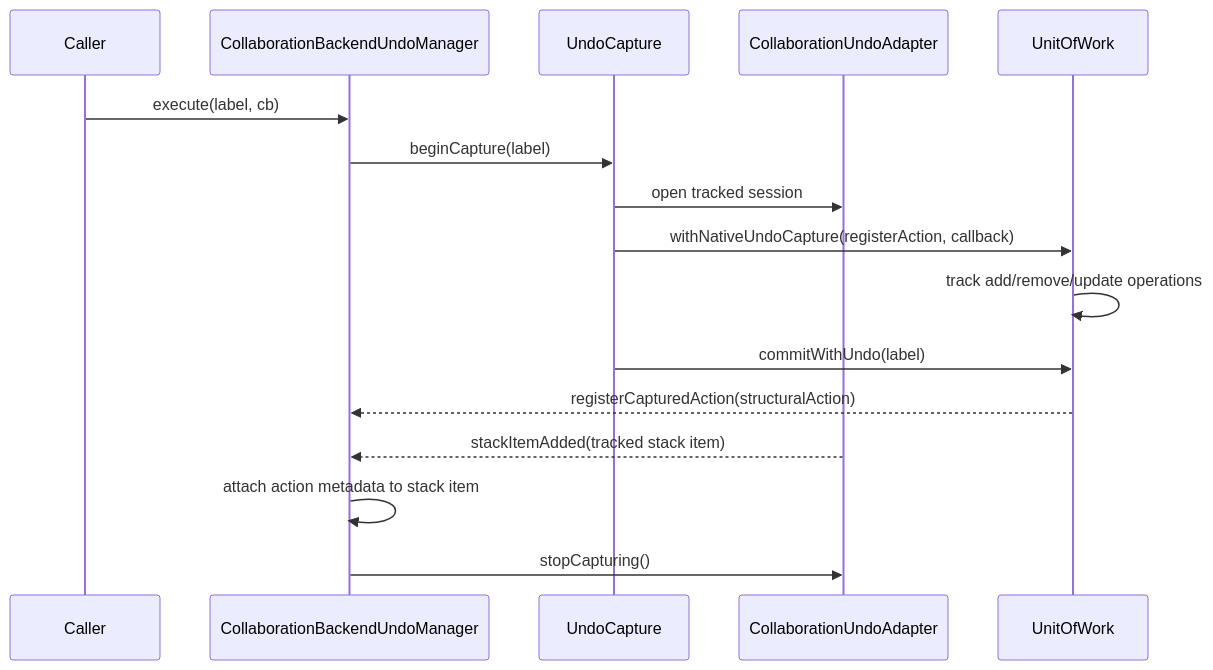
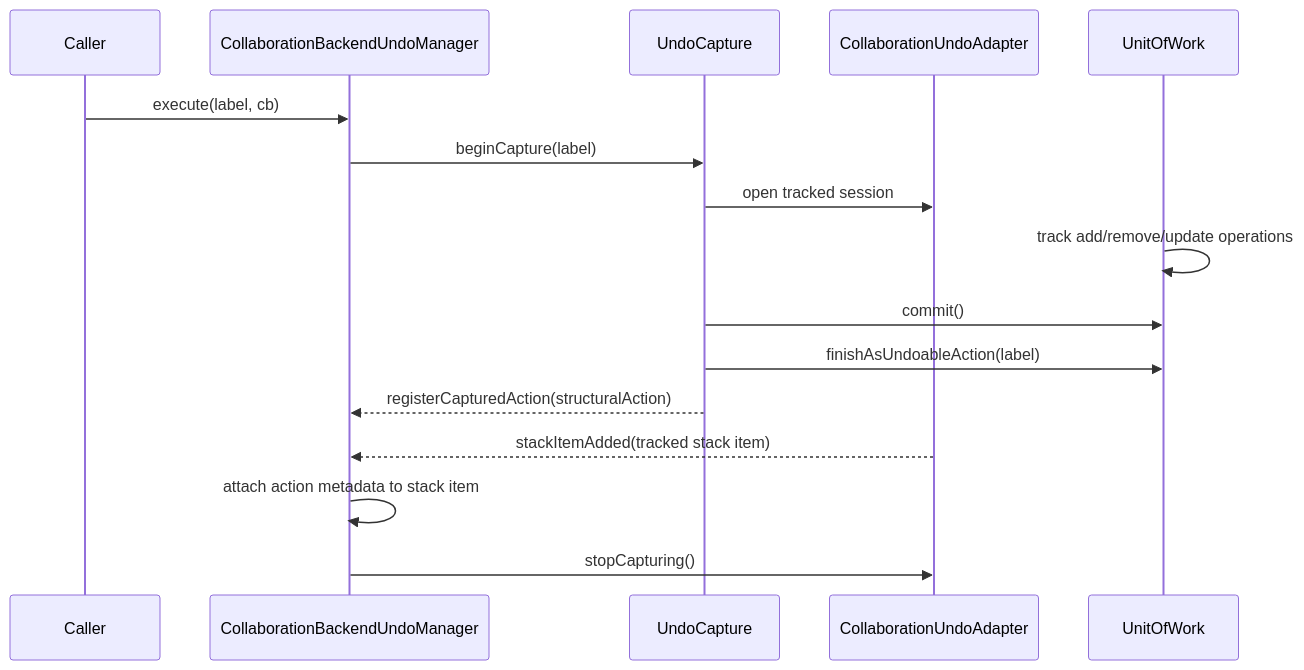
The second of 3 diagrams in packages/model/UNDO_FLOW.md (DiagramCraft/diagram-craft), drawn with Mermaid before and after one commit. The commit also changed other lines of this file and 2 other files, not shown here.

Commit message:
Move undo finalization out of UnitOfWork

````diff
--- a/packages/model/UNDO_FLOW.md
+++ b/packages/model/UNDO_FLOW.md
@@ -104,19 +108,19 @@
 ```mermaid
 sequenceDiagram
     participant Caller
     participant Mgr as CollaborationBackendUndoManager
     participant Capture as UndoCapture
     participant Adapter as CollaborationUndoAdapter
     participant Work as UnitOfWork
 
     Caller->>Mgr: execute(label, cb)
     Mgr->>Capture: beginCapture(label)
     Capture->>Adapter: open tracked session
-    Capture->>Work: withNativeUndoCapture(registerAction, callback)
     Work->>Work: track add/remove/update operations
-    Capture->>Work: commitWithUndo(label)
-    Work-->>Mgr: registerCapturedAction(structuralAction)
+    Capture->>Work: commit()
+    Capture->>Work: finishAsUndoableAction(label)
+    Capture-->>Mgr: registerCapturedAction(structuralAction)
     Adapter-->>Mgr: stackItemAdded(tracked stack item)
     Mgr->>Mgr: attach action metadata to stack item
     Mgr->>Adapter: stopCapturing()
 ```
````
